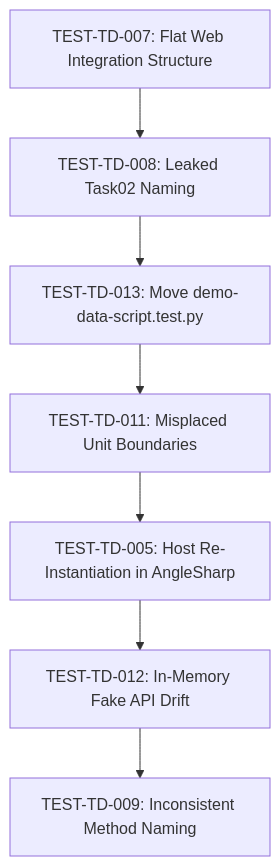
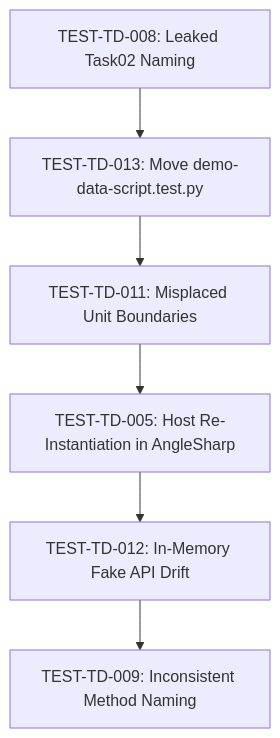
The diagram in docs/test-technical-debt-backlog.md (ColmKenna/Field-Sales), drawn with Mermaid before and after one commit. The commit also changed other lines of this file, not shown here.

Commit message:
docs: mark TEST-TD-007 complete in test technical debt backlog

````diff
--- a/docs/test-technical-debt-backlog.md
+++ b/docs/test-technical-debt-backlog.md
@@ -81,9 +86,8 @@
 ```mermaid
 graph TD
-    A["TEST-TD-007: Flat Web Integration Structure"] --> B["TEST-TD-008: Leaked Task02 Naming"]
-    B --> C["TEST-TD-013: Move demo-data-script.test.py"]
-    C --> D["TEST-TD-011: Misplaced Unit Boundaries"]
-    D --> E["TEST-TD-005: Host Re-Instantiation in AngleSharp"]
-    E --> F["TEST-TD-012: In-Memory Fake API Drift"]
-    F --> G["TEST-TD-009: Inconsistent Method Naming"]
+    A["TEST-TD-008: Leaked Task02 Naming"] --> B["TEST-TD-013: Move demo-data-script.test.py"]
+    B --> C["TEST-TD-011: Misplaced Unit Boundaries"]
+    C --> D["TEST-TD-005: Host Re-Instantiation in AngleSharp"]
+    D --> E["TEST-TD-012: In-Memory Fake API Drift"]
+    E --> F["TEST-TD-009: Inconsistent Method Naming"]
 ```
````
